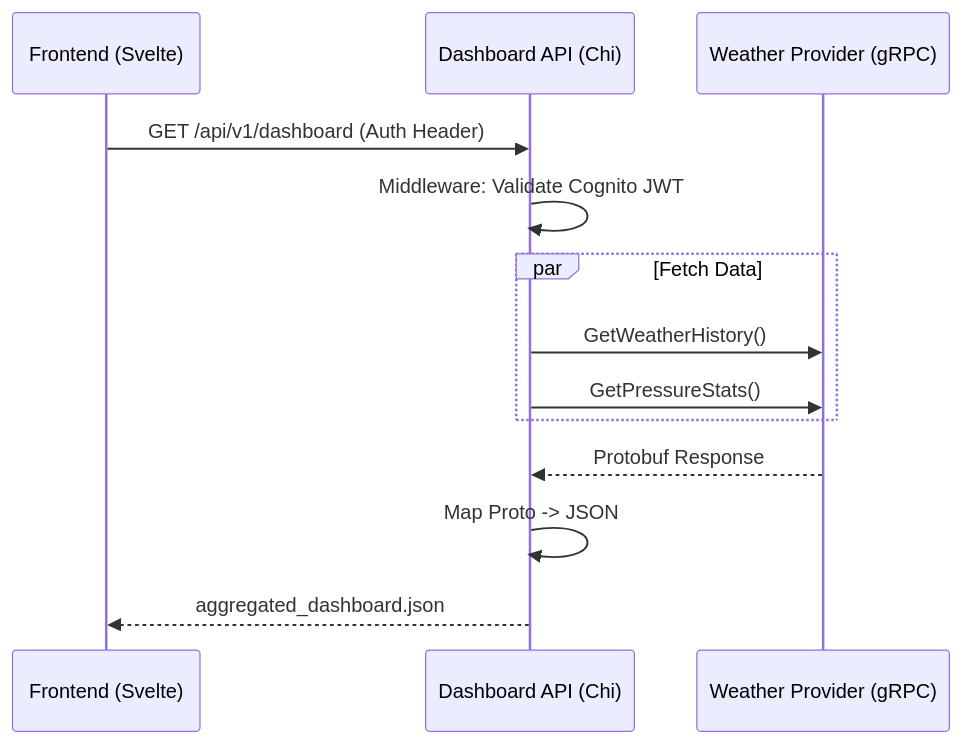
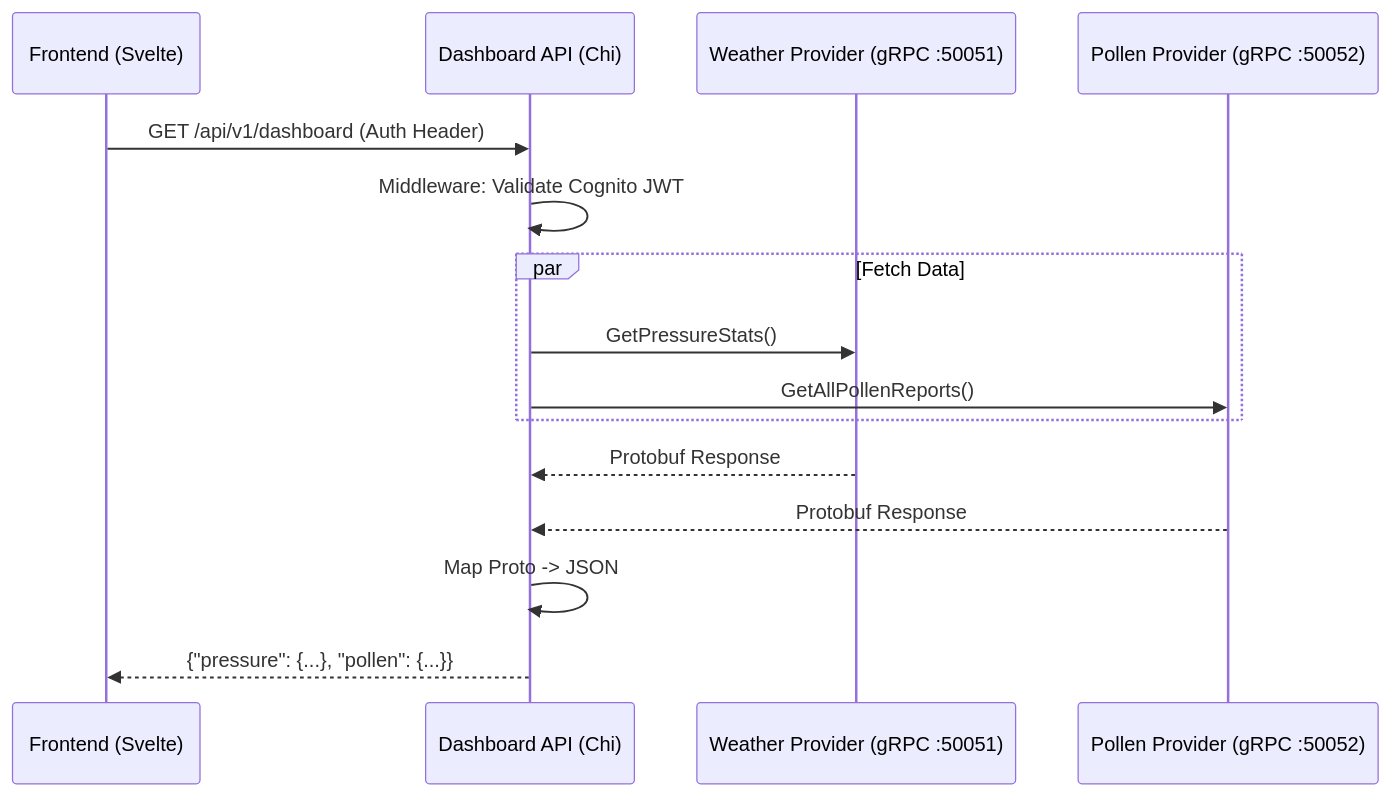
One commit to nickfang/personal-dashboard changed the diagram in docs/ARCHITECTURE_SERVICE_DASHBOARD_API.md. Above: the diagram before and after it, drawn with Mermaid. The commit also changed other lines of this file and 2 other files, not shown here.

Commit message:
updating architecture documents. (#37)

````diff
--- a/docs/ARCHITECTURE_SERVICE_DASHBOARD_API.md
+++ b/docs/ARCHITECTURE_SERVICE_DASHBOARD_API.md
@@ -23,19 +23,21 @@
 ```mermaid
 sequenceDiagram
     participant FE as Frontend (Svelte)
     participant API as Dashboard API (Chi)
-    participant WP as Weather Provider (gRPC)
-    
+    participant WP as Weather Provider (gRPC :50051)
+    participant PP as Pollen Provider (gRPC :50052)
+
     FE->>API: GET /api/v1/dashboard (Auth Header)
     API->>API: Middleware: Validate Cognito JWT
-    
+
     par Fetch Data
-        API->>WP: GetWeatherHistory()
         API->>WP: GetPressureStats()
+        API->>PP: GetAllPollenReports()
     end
-    
+
     WP-->>API: Protobuf Response
-    
+    PP-->>API: Protobuf Response
+
     API->>API: Map Proto -> JSON
-    API-->>FE: aggregated_dashboard.json
+    API-->>FE: {"pressure": {...}, "pollen": {...}}
 ```
````
